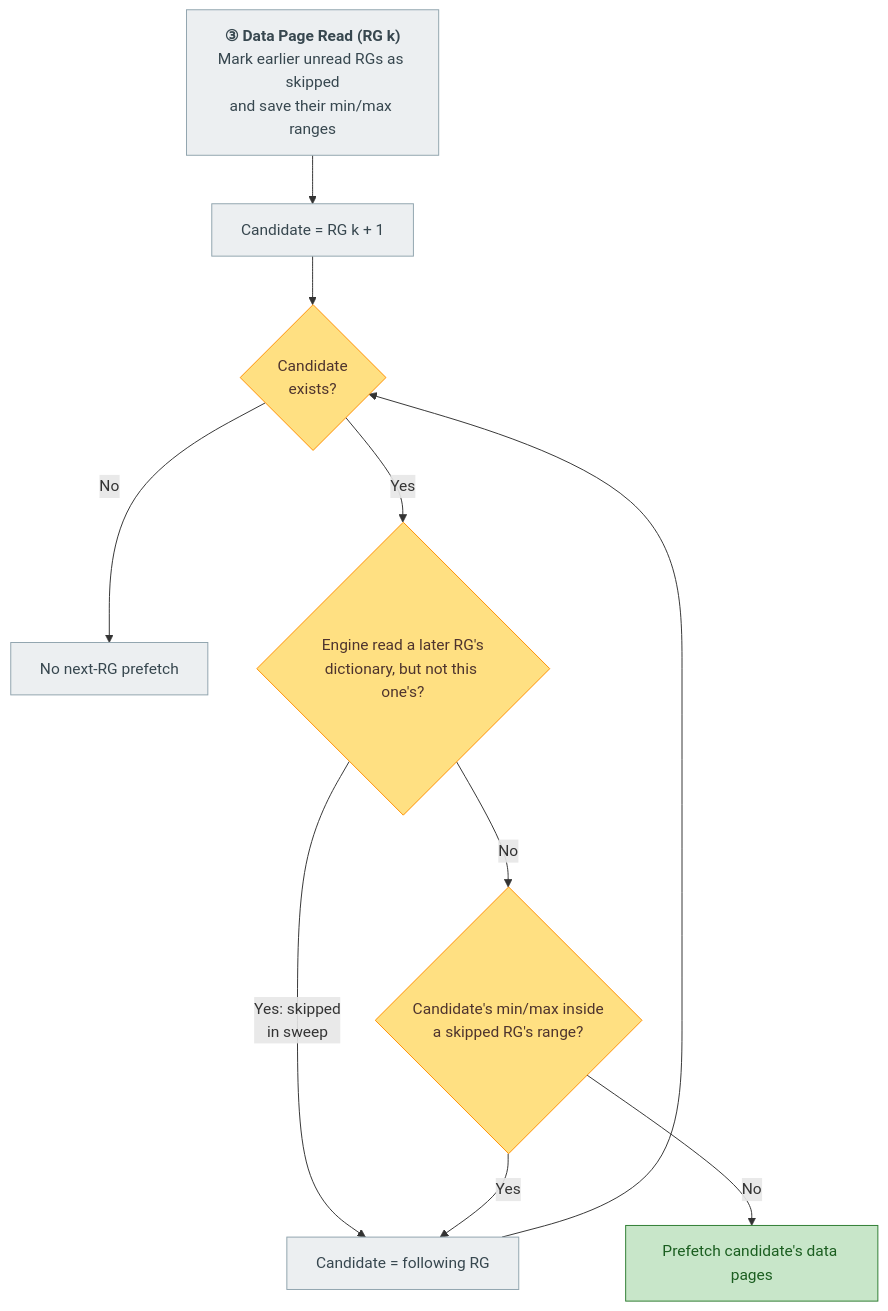
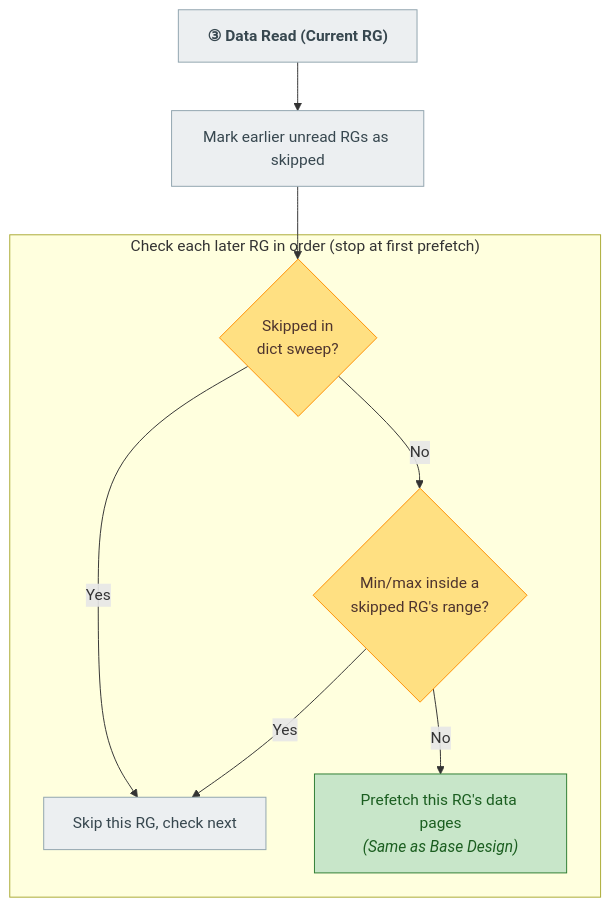
The seventh of 10 diagrams in .agents/predictive_prefetching_design_doc.md (prudhvimaharishi/gcs-analytics-core), drawn with Mermaid before and after one commit. The commit also changed other lines of this file, not shown here.

````diff
--- a/.agents/predictive_prefetching_design_doc.md
+++ b/.agents/predictive_prefetching_design_doc.md
@@ -400,19 +403,24 @@
 ```mermaid
 flowchart TD
-    R["<b>③ Data Page Read (RG k)</b><br/>Mark earlier unread RGs as skipped<br/>and save their min/max ranges"] --> C["Candidate = RG k + 1"]
-    C --> E{"Candidate<br/>exists?"}
-    E -- "No" --> N["No next-RG prefetch"]
-    E -- "Yes" --> S1{"Engine read a later RG's<br/>dictionary, but not this one's?"}
-    S1 -- "Yes: skipped<br/>in sweep" --> A["Candidate = following RG"]
-    S1 -- "No" --> S2{"Candidate's min/max inside<br/>a skipped RG's range?"}
-    S2 -- "Yes" --> A
-    S2 -- "No" --> P["Prefetch candidate's data pages"]
-    A --> E
+    R["<b>③ Data Read (Current RG)</b>"] --> M["Mark earlier unread RGs as skipped"]
+    M --> S1
+
+    subgraph Walk["Check each later RG in order (stop at first prefetch)"]
+        S1{"Skipped in<br/>dict sweep?"}
+        S2{"Min/max inside a<br/>skipped RG's range?"}
+        Skip["Skip this RG, check next"]
+        P["Prefetch this RG's data pages<br/><i>(Same as Base Design)</i>"]
+
+        S1 -- "Yes" --> Skip
+        S1 -- "No" --> S2
+        S2 -- "Yes" --> Skip
+        S2 -- "No" --> P
+    end
 
     classDef none fill:#eceff1,stroke:#90a4ae,color:#37474f
     classDef pref fill:#c8e6c9,stroke:#2e7d32,color:#1b5e20
     classDef gate fill:#ffe082,stroke:#ff8f00,color:#4e342e
-    class R,C,A,N none
+    class R,M,Skip none
     class P pref
-    class E,S1,S2 gate
+    class S1,S2 gate
 ```
````
